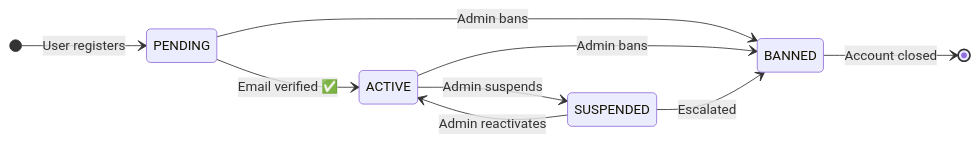
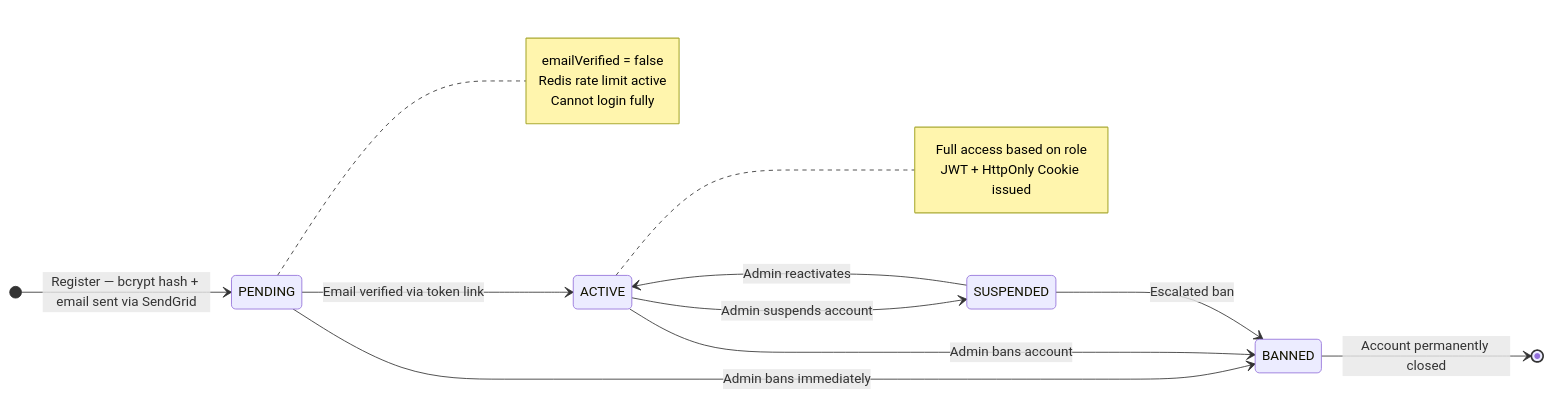
One commit to tayeb736/prohect12 changed the first of 10 diagrams in diagrams/03_state_machine_diagram.md. Above: the diagram before and after it, drawn with Mermaid. The commit also changed other lines of this file and 7 other files, not shown here.

Commit message:
docs: update all UML diagrams — add PostgreSQL, Redis, S3, Stripe, SendGrid, KYC, Swagger per readme2 & README3

````diff
--- a/diagrams/03_state_machine_diagram.md
+++ b/diagrams/03_state_machine_diagram.md
@@ -7,12 +8,21 @@
 ```mermaid
 stateDiagram-v2
   direction LR
-  [*] --> PENDING : User registers
-  PENDING --> ACTIVE : Email verified ✅
-  PENDING --> BANNED : Admin bans
-  ACTIVE --> SUSPENDED : Admin suspends
-  ACTIVE --> BANNED : Admin bans
+  [*] --> PENDING : Register — bcrypt hash + email sent via SendGrid
+  PENDING --> ACTIVE : Email verified via token link
+  PENDING --> BANNED : Admin bans immediately
+  ACTIVE --> SUSPENDED : Admin suspends account
+  ACTIVE --> BANNED : Admin bans account
   SUSPENDED --> ACTIVE : Admin reactivates
-  SUSPENDED --> BANNED : Escalated
-  BANNED --> [*] : Account closed
+  SUSPENDED --> BANNED : Escalated ban
+  BANNED --> [*] : Account permanently closed
+  note right of PENDING
+    emailVerified = false
+    Redis rate limit active
+    Cannot login fully
+  end note
+  note right of ACTIVE
+    Full access based on role
+    JWT + HttpOnly Cookie issued
+  end note
 ```
````
